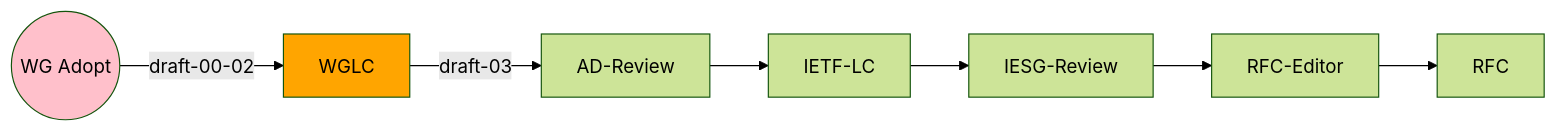
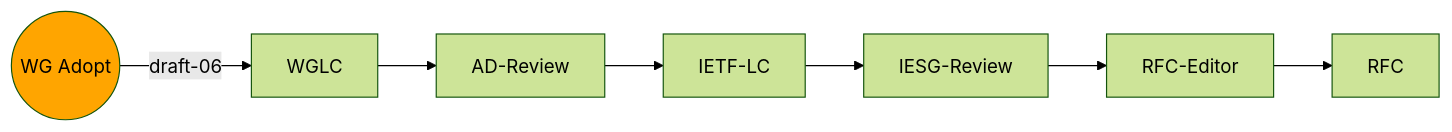
One commit to ietf-wg-httpapi/ietf-wg-httpapi.github.io changed the second of 13 diagrams in index.md. Above: the diagram before and after it, drawn with Mermaid (forest theme). The commit also changed other lines of this file, not shown here.

````diff
--- a/index.md
+++ b/index.md
@@ -63,16 +40,14 @@
 ```mermaid
 graph LR
     classDef current fill:orange
     classDef lastIETF fill:pink
 
-    WG-Adopt((WG Adopt)) --draft-00-02--> WGLC
-    WGLC --draft-03--> AD-Review
+    WG-Adopt((WG Adopt)) --draft-06--> WGLC
+    WGLC --> AD-Review
     AD-Review --> IETF-LC
     IETF-LC --> IESG-Review
     IESG-Review --> RFC-Editor
     RFC-Editor --> RFC
 
-    class WG-Adopt lastIETF
-    class WGLC current
-
+    class WG-Adopt current
 ```
````
